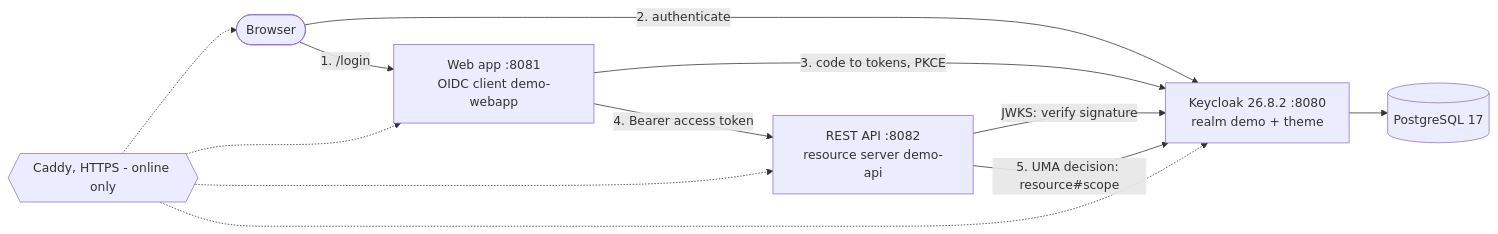
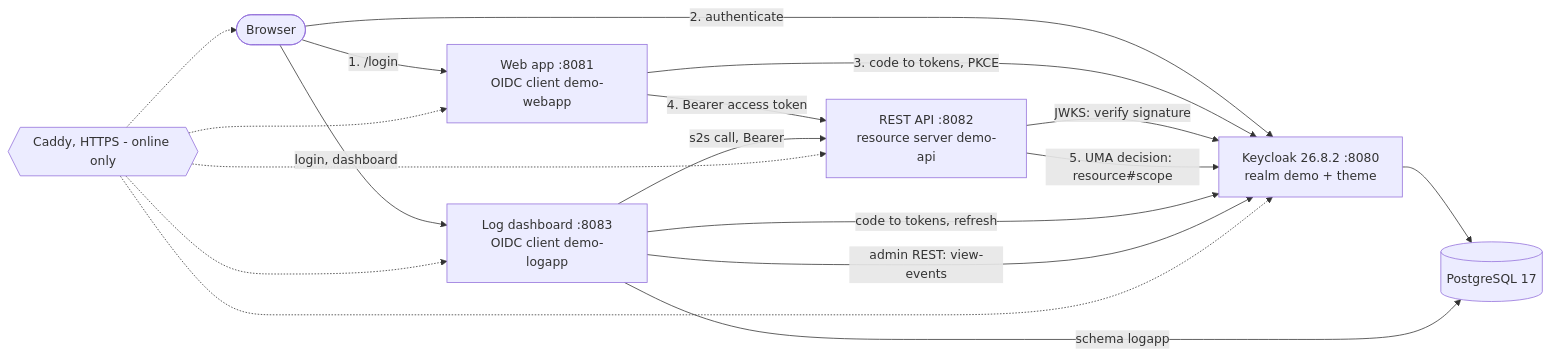
One commit to aairom/keycloak-implementation changed the first of 2 diagrams in README.md. Above: the diagram before and after it, drawn with Mermaid. The commit also changed other lines of this file and 8 other files, not shown here.

````diff
--- a/README.md
+++ b/README.md
@@ -44,14 +46,20 @@
 ```mermaid
 flowchart LR
     Browser([Browser]) -->|1. /login| Web[Web app :8081<br/>OIDC client demo-webapp]
     Browser -->|2. authenticate| KC[Keycloak 26.8.2 :8080<br/>realm demo + theme]
     Web -->|3. code to tokens, PKCE| KC
     Web -->|4. Bearer access token| API[REST API :8082<br/>resource server demo-api]
     API -->|JWKS: verify signature| KC
     API -->|5. UMA decision: resource#scope| KC
     KC --> PG[(PostgreSQL 17)]
+    Browser -->|login, dashboard| Log[Log dashboard :8083<br/>OIDC client demo-logapp]
+    Log -->|code to tokens, refresh| KC
+    Log -->|admin REST: view-events| KC
+    Log -->|schema logapp| PG
+    Log -->|s2s call, Bearer| API
     Caddy{{Caddy, HTTPS - online only}} -.-> Browser
     Caddy -.-> KC
     Caddy -.-> Web
     Caddy -.-> API
+    Caddy -.-> Log
 ```
````
